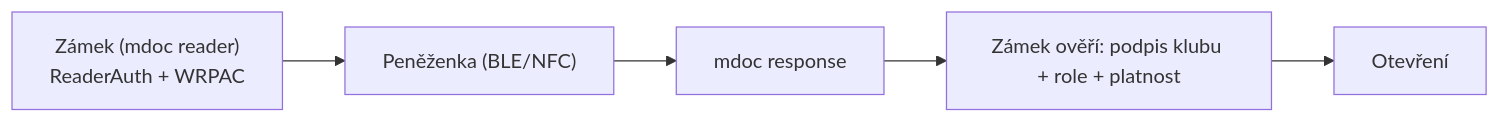
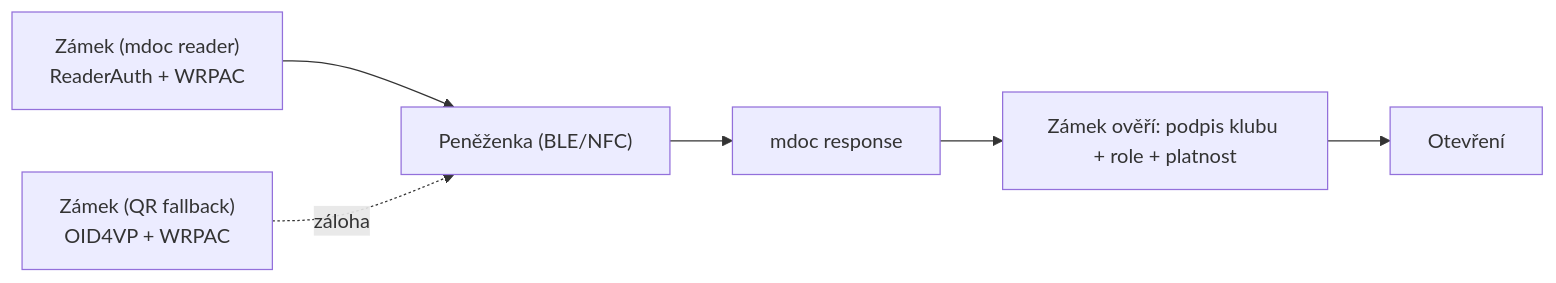
The diagram in src/content/scenarios/pristup-spravce-zazemi.md (l-ra/walletmap), drawn with Mermaid before and after one commit. The commit also changed other lines of this file and 5 other files, not shown here.

````diff
--- a/src/content/scenarios/pristup-spravce-zazemi.md
+++ b/src/content/scenarios/pristup-spravce-zazemi.md
@@ -32,7 +41,8 @@
 ```mermaid
 flowchart LR
     A["Zámek (mdoc reader)<br/>ReaderAuth + WRPAC"] --> B["Peněženka (BLE/NFC)"]
     B --> C["mdoc response"]
     C --> D["Zámek ověří: podpis klubu + role + platnost"]
     D --> E["Otevření"]
+    A2["Zámek (QR fallback)<br/>OID4VP + WRPAC"] -.->|záloha| B
 ```
````
